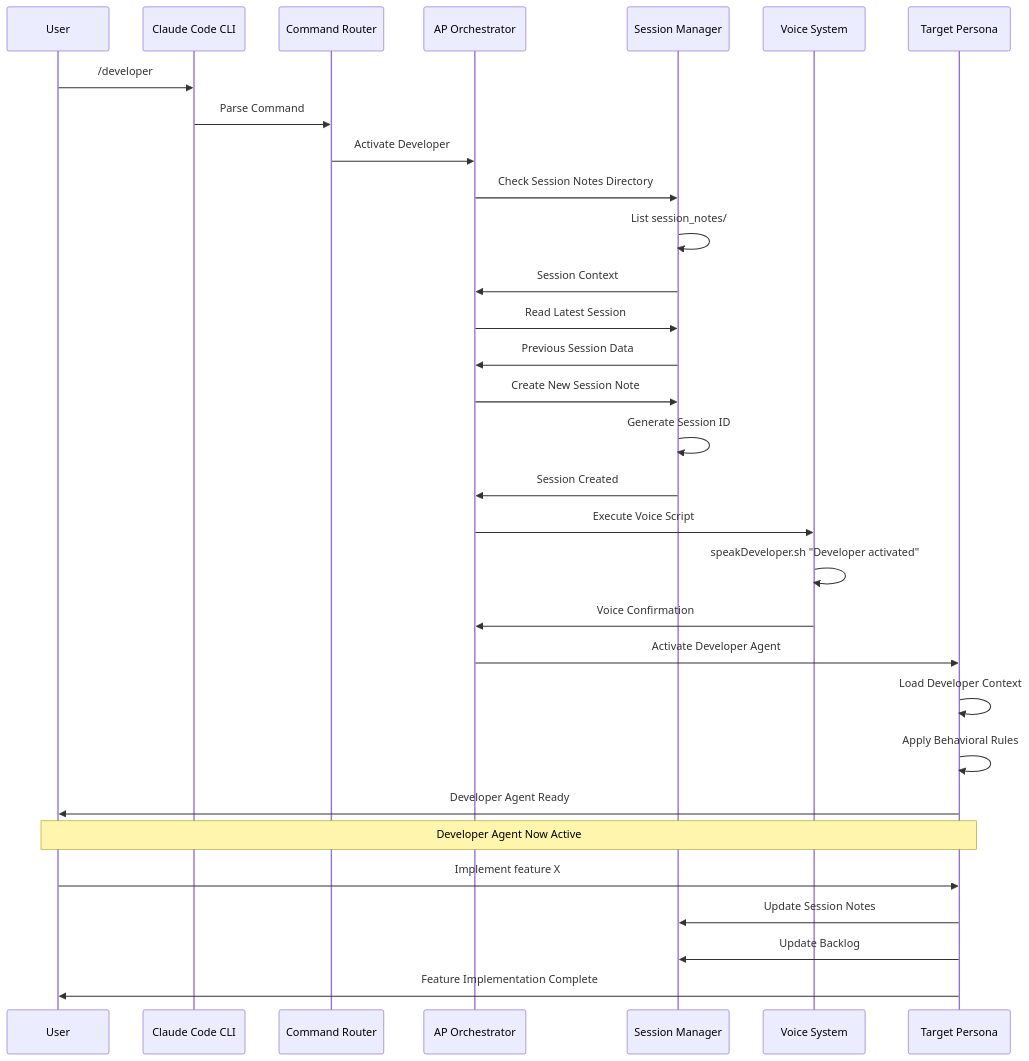
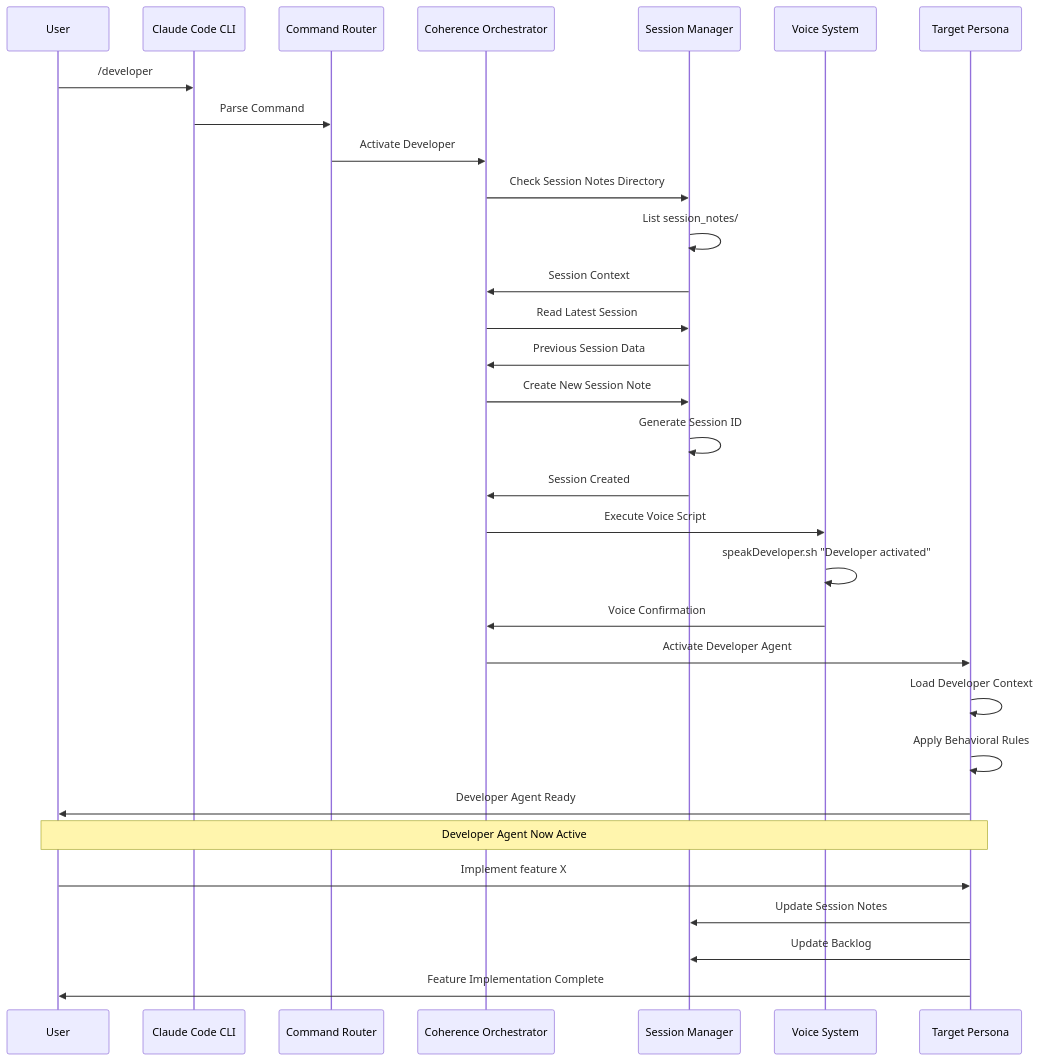
One commit to omayhemo/APM changed the third of 13 diagrams in .apm/documentation/07-reference/architecture-diagrams.md. Above: the diagram before and after it, drawn with Mermaid. The commit also changed other lines of this file and 192 other files, not shown here.

````diff
--- a/.apm/documentation/07-reference/architecture-diagrams.md
+++ b/.apm/documentation/07-reference/architecture-diagrams.md
@@ -229,41 +229,41 @@
 ```mermaid
 sequenceDiagram
     participant User
     participant CLI as Claude Code CLI
     participant Router as Command Router
-    participant Orch as AP Orchestrator
+    participant Orch as Coherence Orchestrator
     participant Session as Session Manager
     participant Voice as Voice System
     participant Persona as Target Persona
 
     User->>CLI: /developer
     CLI->>Router: Parse Command
     Router->>Orch: Activate Developer
     
     Orch->>Session: Check Session Notes Directory
     Session->>Session: List session_notes/
     Session->>Orch: Session Context
     
     Orch->>Session: Read Latest Session
     Session->>Orch: Previous Session Data
     
     Orch->>Session: Create New Session Note
     Session->>Session: Generate Session ID
     Session->>Orch: Session Created
     
     Orch->>Voice: Execute Voice Script
     Voice->>Voice: speakDeveloper.sh "Developer activated"
     Voice->>Orch: Voice Confirmation
     
     Orch->>Persona: Activate Developer Agent
     Persona->>Persona: Load Developer Context
     Persona->>Persona: Apply Behavioral Rules
     Persona->>User: Developer Agent Ready
 
     Note over User,Persona: Developer Agent Now Active
     
     User->>Persona: Implement feature X
     Persona->>Session: Update Session Notes
     Persona->>Session: Update Backlog
     Persona->>User: Feature Implementation Complete
 ```
````
